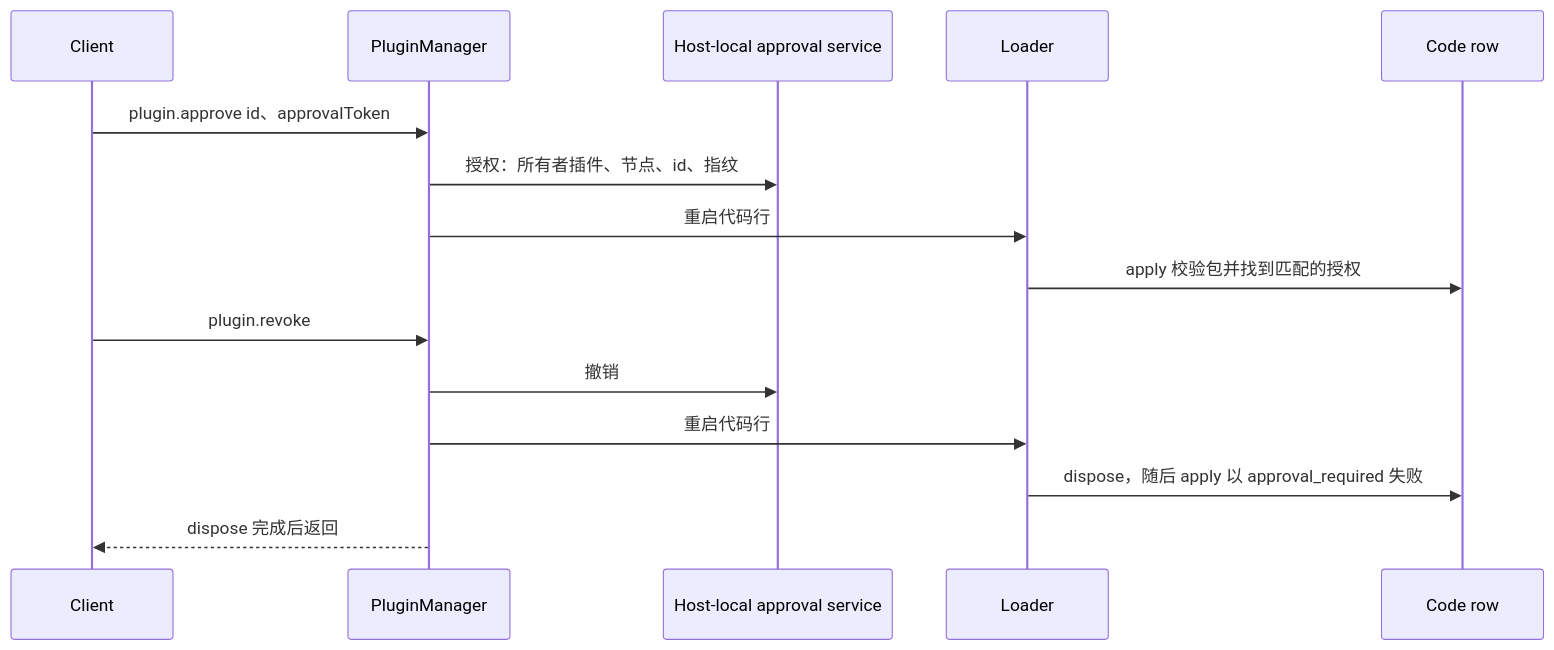
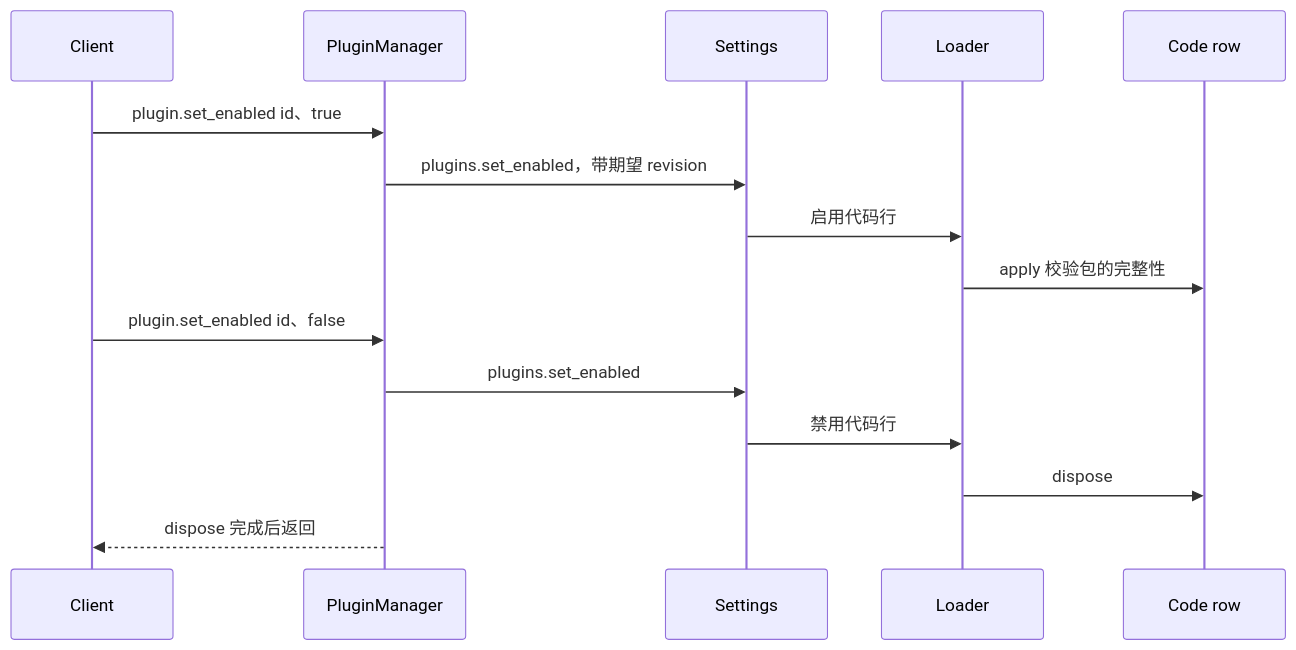
The fourth of 6 diagrams in docs/zh/design/plugins/PluginManager.md (CoutinhoTTS/dim-agent), drawn with Mermaid before and after one commit. The commit also changed other lines of this file and 40 other files, not shown here.

First line of the commit message:
docs(design): event-driven Goal, no host-local approval, review fixes

````diff
--- a/docs/zh/design/plugins/PluginManager.md
+++ b/docs/zh/design/plugins/PluginManager.md
@@ -95,17 +90,17 @@
 ```mermaid
 sequenceDiagram
   participant C as Client
   participant PM as PluginManager
-  participant A as Host-local approval service
+  participant S as Settings
   participant L as Loader
   participant K as Code row
-  C->>PM: plugin.approve id、approvalToken
-  PM->>A: 授权：所有者插件、节点、id、指纹
-  PM->>L: 重启代码行
-  L->>K: apply 校验包并找到匹配的授权
-  C->>PM: plugin.revoke
-  PM->>A: 撤销
-  PM->>L: 重启代码行
-  L->>K: dispose，随后 apply 以 approval_required 失败
+  C->>PM: plugin.set_enabled id、true
+  PM->>S: plugins.set_enabled，带期望 revision
+  S->>L: 启用代码行
+  L->>K: apply 校验包的完整性
+  C->>PM: plugin.set_enabled id、false
+  PM->>S: plugins.set_enabled
+  S->>L: 禁用代码行
+  L->>K: dispose
   PM-->>C: dispose 完成后返回
 ```
````
